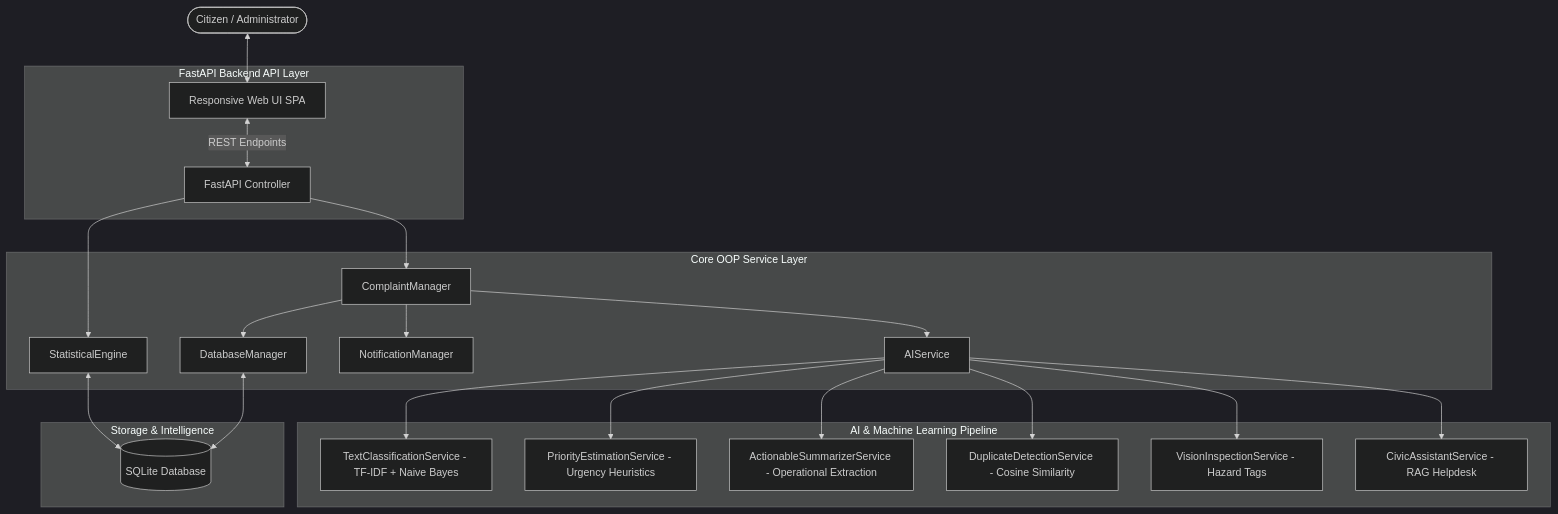
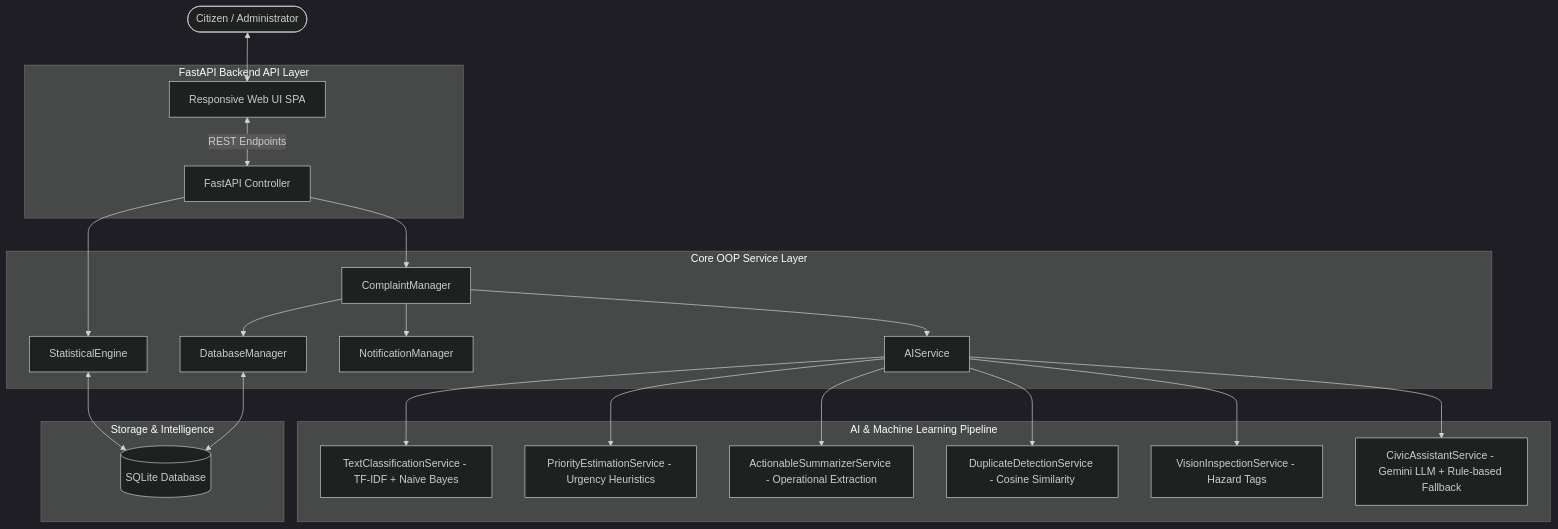
Before and after one commit to Owais-dev55/AI-smart-civic-services: the diagram in README.md, drawn with Mermaid (dark theme). The commit also changed other lines of this file and 7 other files, not shown here.

````diff
--- a/README.md
+++ b/README.md
@@ -60,30 +61,30 @@
 ```mermaid
 graph TD
     User([Citizen / Administrator]) <--> UI[Responsive Web UI SPA]
     
     subgraph "FastAPI Backend API Layer"
         UI <-->|REST Endpoints| API[FastAPI Controller]
     end
     
     subgraph "Core OOP Service Layer"
         API --> CM[ComplaintManager]
         API --> SE[StatisticalEngine]
         CM --> DM[DatabaseManager]
         CM --> NM[NotificationManager]
         CM --> AIS[AIService]
     end
     
     subgraph "AI & Machine Learning Pipeline"
         AIS --> NLP[TextClassificationService - TF-IDF + Naive Bayes]
         AIS --> PRIO[PriorityEstimationService - Urgency Heuristics]
         AIS --> SUMM[ActionableSummarizerService - Operational Extraction]
         AIS --> DUP[DuplicateDetectionService - Cosine Similarity]
         AIS --> VIS[VisionInspectionService - Hazard Tags]
-        AIS --> CHAT[CivicAssistantService - RAG Helpdesk]
+        AIS --> CHAT[CivicAssistantService - Gemini LLM + Rule-based Fallback]
     end
     
     subgraph "Storage & Intelligence"
         DM <--> DB[(SQLite Database)]
         SE <--> DB
     end
 ```
````
